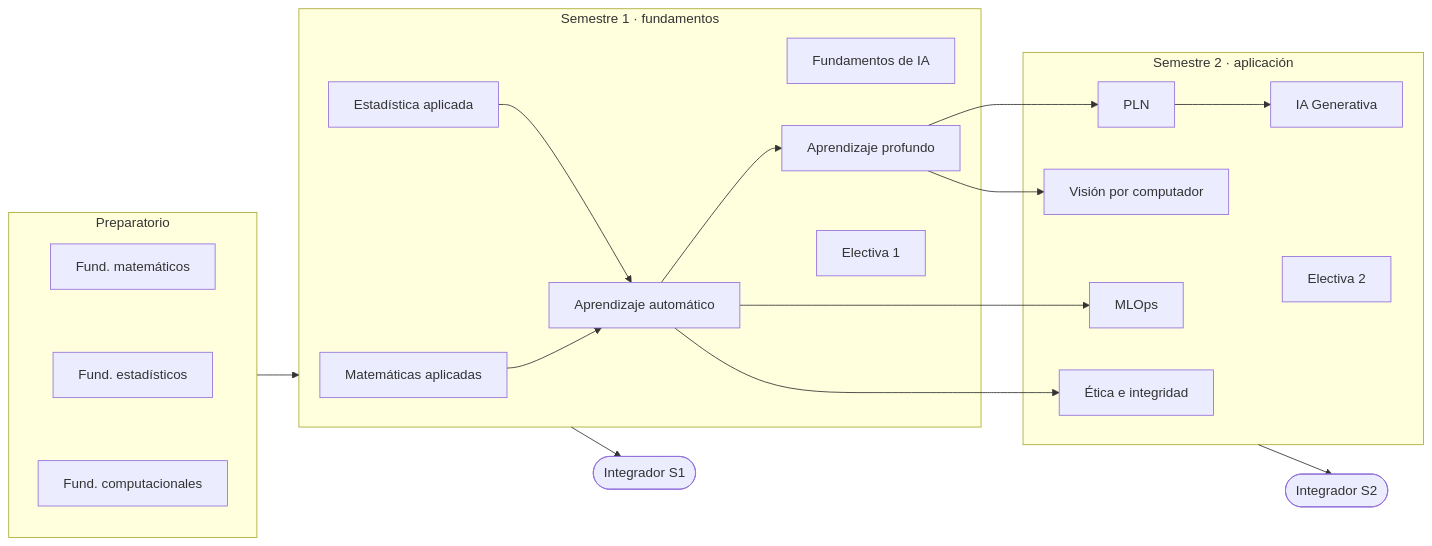
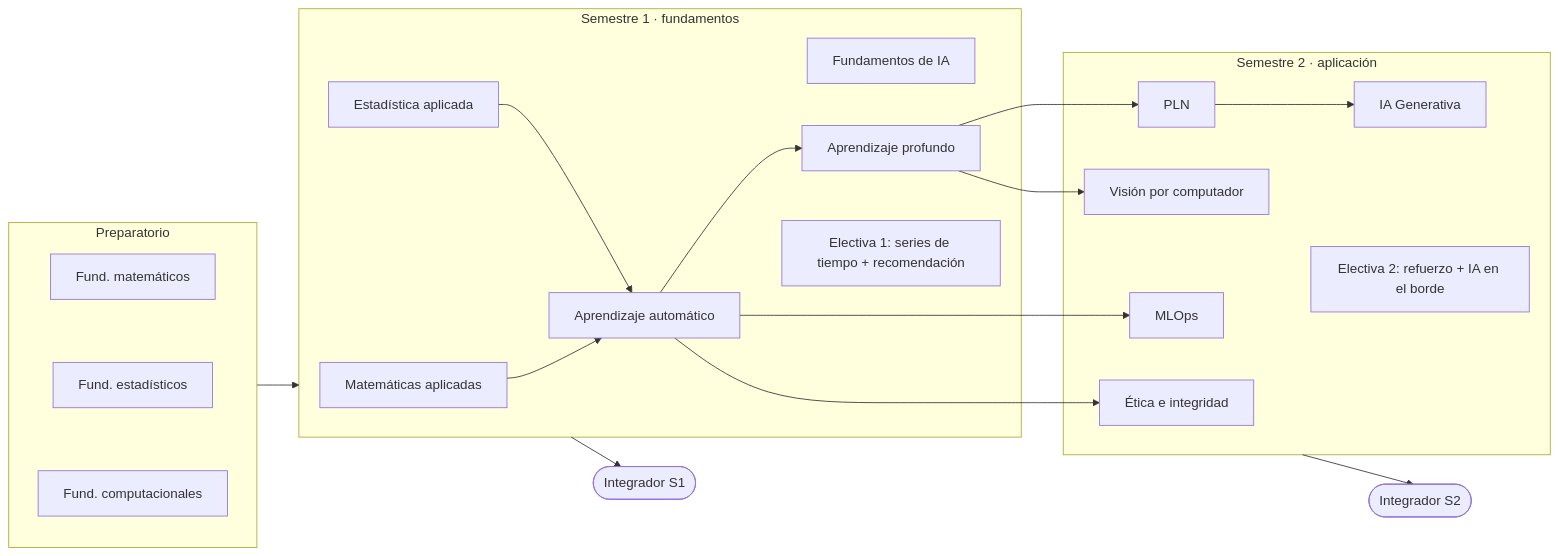
Before and after one commit to serandmoncas/especializacion-ia: the diagram in README.md, drawn with Mermaid. The commit also changed other lines of this file and 62 other files, not shown here.

First line of the commit message:
Electivas: cuatro temas en dos sub-módulos cada una; series de tiempo completo

````diff
--- a/README.md
+++ b/README.md
@@ -15,25 +15,25 @@
 ```mermaid
 flowchart LR
     subgraph P[Preparatorio]
         P1[Fund. matemáticos] ~~~ P2[Fund. estadísticos] ~~~ P3[Fund. computacionales]
     end
     subgraph S1[Semestre 1 · fundamentos]
         A[Matemáticas aplicadas] --> D[Aprendizaje automático]
         B[Estadística aplicada] --> D
         C[Fundamentos de IA]
         D --> E[Aprendizaje profundo]
-        F[Electiva 1]
+        F[Electiva 1: series de tiempo + recomendación]
     end
     subgraph S2[Semestre 2 · aplicación]
         G[Visión por computador]
         H[PLN] --> I[IA Generativa]
         J[MLOps]
         K[Ética e integridad]
-        L[Electiva 2]
+        L[Electiva 2: refuerzo + IA en el borde]
     end
     P --> S1
     E --> G & H
     D --> J & K
     S1 --> PI1([Integrador S1])
     S2 --> PI2([Integrador S2])
 ```
````
